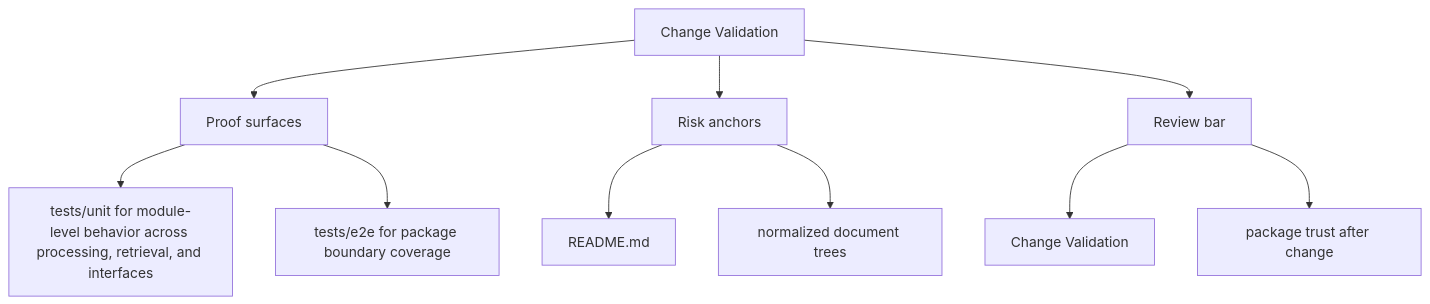
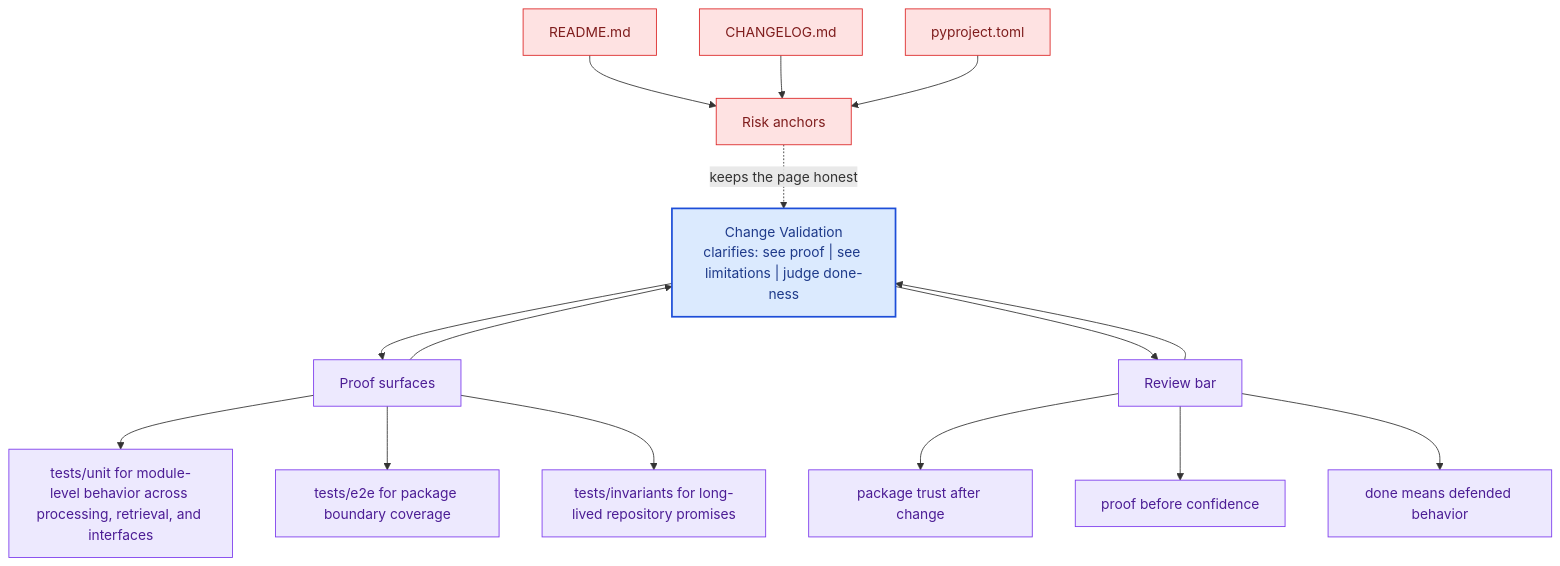
Before and after one commit to bijux/bijux-canon: the second of 2 diagrams in docs/bijux-canon-ingest/quality/change-validation.md, drawn with Mermaid. The commit also changed other lines of this file and 281 other files, not shown here.

Commit message:
docs(diagrams): deepen handbook mermaid maps across the catalog

````diff
--- a/docs/bijux-canon-ingest/quality/change-validation.md
+++ b/docs/bijux-canon-ingest/quality/change-validation.md
@@ -33,22 +66,41 @@
 ```mermaid
-flowchart TD
-    page["Change Validation"]
+flowchart TB
+    promise["Change Validation<br/>clarifies: see proof | see limitations | judge done-ness"]
+    classDef promise fill:#dbeafe,stroke:#1d4ed8,color:#1e3a8a,stroke-width:2px;
+    classDef driver fill:#dcfce7,stroke:#16a34a,color:#14532d;
+    classDef constraint fill:#fee2e2,stroke:#dc2626,color:#7f1d1d;
+    classDef ground fill:#ede9fe,stroke:#7c3aed,color:#4c1d95;
     focus1["Proof surfaces"]
-    page --> focus1
+    focus1 --> promise
+    promise --> focus1
     focus1_1["tests/unit for module-level behavior across processing, retrieval, and interfaces"]
     focus1 --> focus1_1
     focus1_2["tests/e2e for package boundary coverage"]
     focus1 --> focus1_2
+    focus1_3["tests/invariants for long-lived repository promises"]
+    focus1 --> focus1_3
+    class focus1 ground;
+    class focus1_1,focus1_2,focus1_3 ground;
     focus2["Risk anchors"]
-    page --> focus2
+    focus2 -.keeps the page honest.-> promise
     focus2_1["README.md"]
-    focus2 --> focus2_1
-    focus2_2["normalized document trees"]
-    focus2 --> focus2_2
+    focus2_1 --> focus2
+    focus2_2["CHANGELOG.md"]
+    focus2_2 --> focus2
+    focus2_3["pyproject.toml"]
+    focus2_3 --> focus2
+    class focus2 constraint;
+    class focus2_1,focus2_2,focus2_3 constraint;
     focus3["Review bar"]
-    page --> focus3
-    focus3_1["Change Validation"]
+    focus3 --> promise
+    promise --> focus3
+    focus3_1["package trust after change"]
     focus3 --> focus3_1
-    focus3_2["package trust after change"]
+    focus3_2["proof before confidence"]
     focus3 --> focus3_2
+    focus3_3["done means defended behavior"]
+    focus3 --> focus3_3
+    class focus3 ground;
+    class focus3_1,focus3_2,focus3_3 ground;
+    class promise promise;
 ```
````
